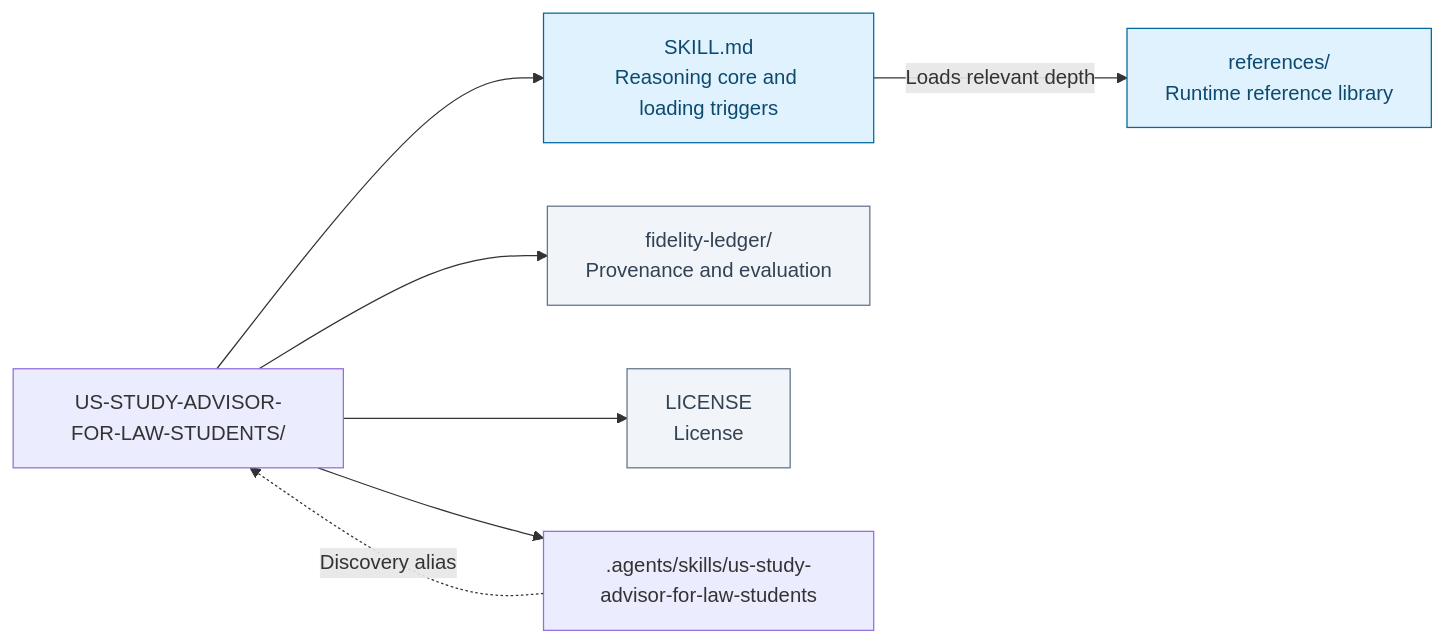
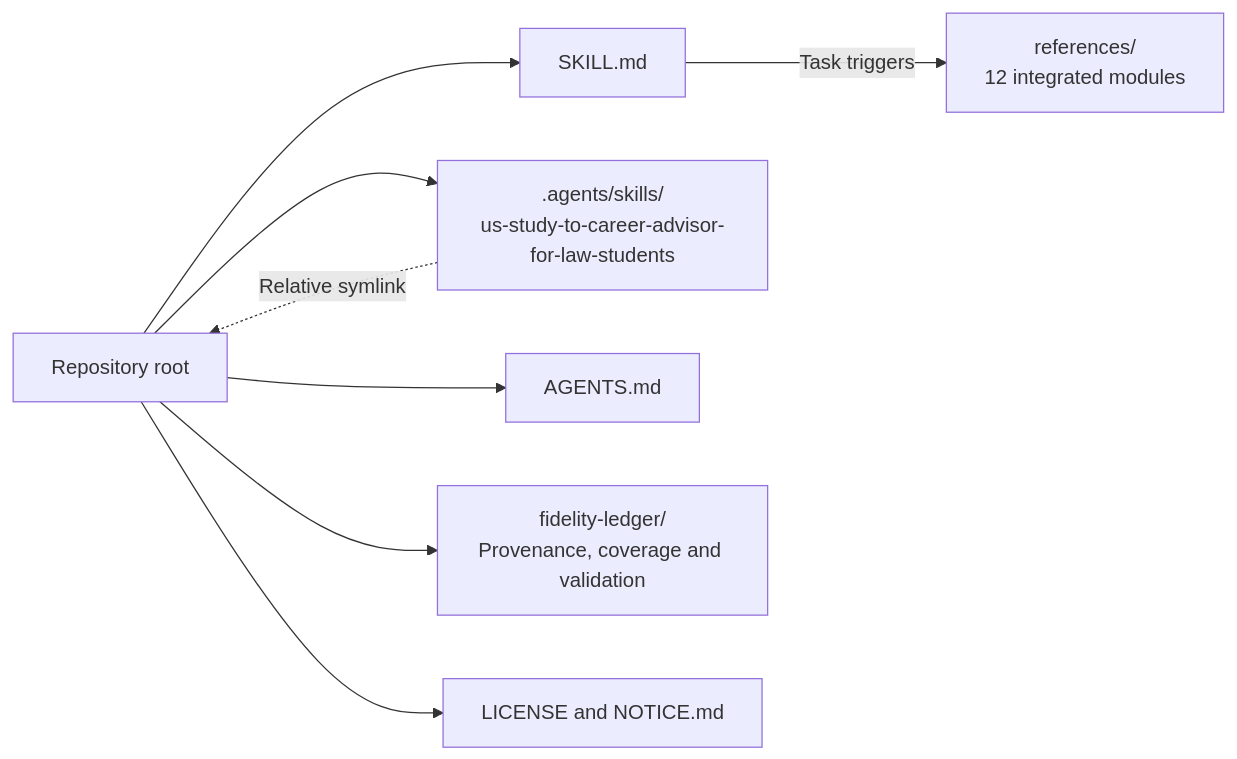
The second of 3 diagrams in README.md (ariel-lee-1023/US-Study-to-Career-Advisor-for-Law-Students), drawn with Mermaid before and after one commit. The commit also changed other lines of this file and 25 other files, not shown here.

Commit message:
Expand study-to-career advising and integrate analytic production

````diff
--- a/README.md
+++ b/README.md
@@ -120,16 +77,12 @@
 ```mermaid
 flowchart LR
-    accTitle: Repository structure and runtime loading
-    accDescr: The canonical core routes to references, while supporting files and maintenance records have separate roles.
-    root["US-STUDY-ADVISOR-FOR-LAW-STUDENTS/"]
-    root --> core["SKILL.md<br/>Reasoning core and loading triggers"]
-    core -->|Loads relevant depth| refs["references/<br/>Runtime reference library"]
-    root --> support0["fidelity-ledger/<br/>Provenance and evaluation"]
-    root --> support1["LICENSE<br/>License"]
-    root --> alias0[".agents/skills/us-study-advisor-for-law-students"]
-    alias0 -.->|Discovery alias| root
-    classDef runtime fill:#e0f2fe,stroke:#0369a1,color:#0c4a6e
-    classDef support fill:#f1f5f9,stroke:#64748b,color:#334155
-    class core,refs runtime
-    class support0,support1 support
+    accTitle: Canonical files and loading
+    accDescr: One core loads relevant modules; discovery points to the root and maintainer records stay separate.
+    root["Repository root"] --> core["SKILL.md"]
+    root --> alias[".agents/skills/<br/>us-study-to-career-advisor-for-law-students"]
+    alias -.->|Relative symlink| root
+    core -->|Task triggers| refs["references/<br/>12 integrated modules"]
+    root --> guidance["AGENTS.md"]
+    root --> ledger["fidelity-ledger/<br/>Provenance, coverage and validation"]
+    root --> notices["LICENSE and NOTICE.md"]
 ```
````
